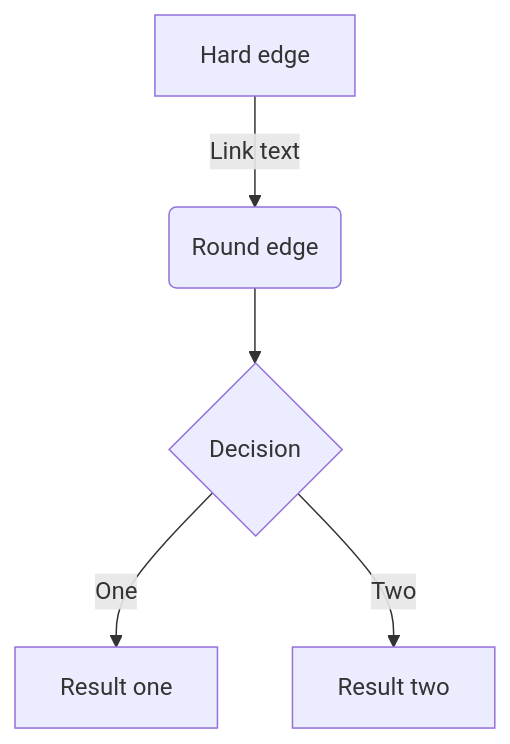
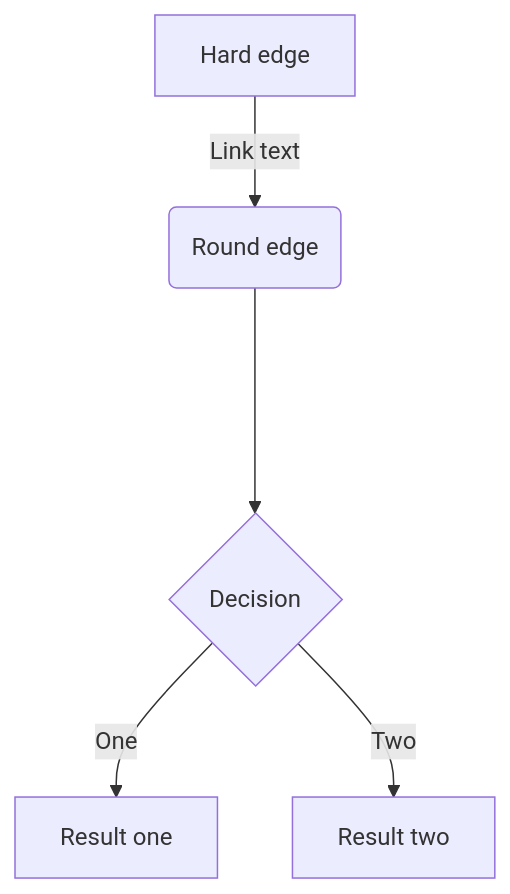
The first of 4 diagrams in dist/sample.md (tylingsoft/markdown-core), drawn with Mermaid before and after one commit. The commit also changed other lines of this file, not shown here.

````diff
--- a/dist/sample.md
+++ b/dist/sample.md
@@ -451,7 +451,7 @@
 ```mermaid
 graph TD
     A[Hard edge] -->|Link text| B(Round edge)
-    B --> C{Decision}
+    B ----> C{Decision}
     C -->|One| D[Result one]
     C -->|Two| E[Result two]
 ```
````
